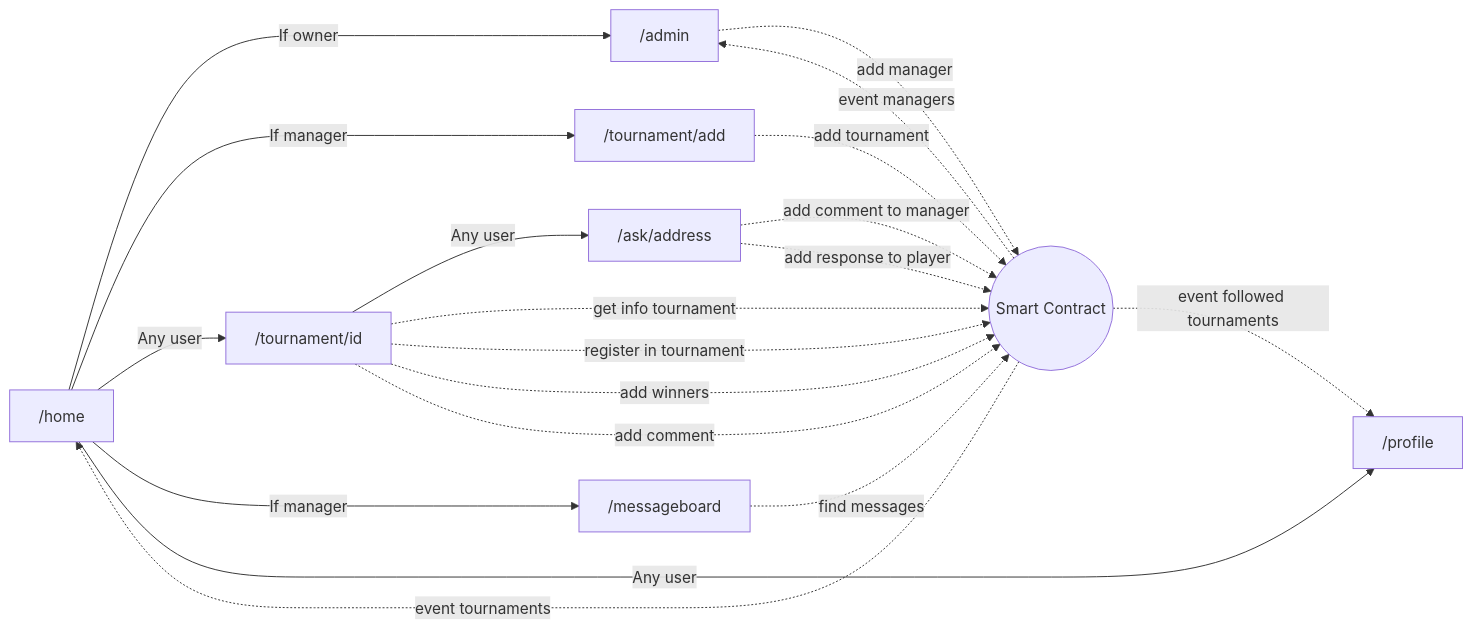
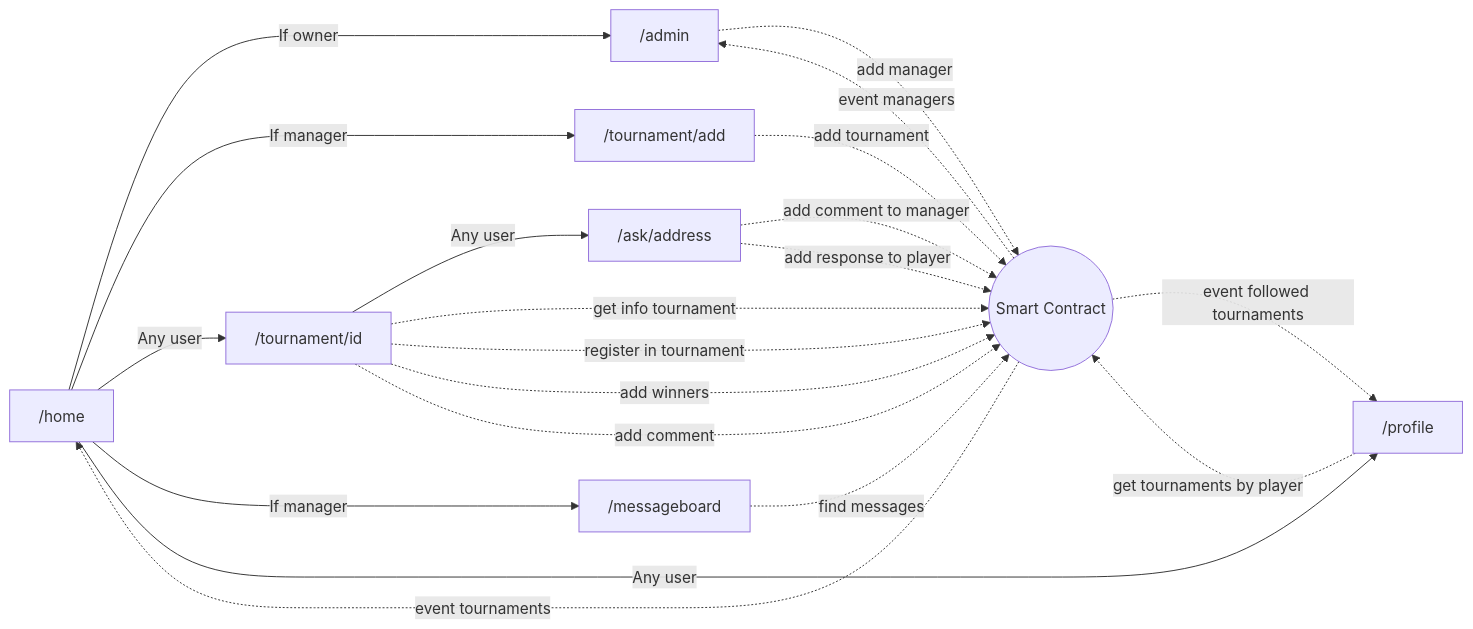
The diagram in README.md (mickablondo/PadelConnect), drawn with Mermaid before and after one commit.

Commit message:
Modif schéma pour profile

````diff
--- a/README.md
+++ b/README.md
@@ -31,21 +31,22 @@
 ```mermaid
 flowchart >
     A[ /home] -->|If owner| B[ /admin]
     A -->|If manager| C[ /tournament/add]
     A -->|Any user| D[ /tournament/id]
     A -->|If manager| H[ /messageboard]
     A -->|Any user| F[ /profile]
     D -->|Any user| G[ /ask/address]
     B -.->|add manager| I((Smart Contract))
     C -.->|add tournament| I
     D -.->|get info tournament| I
     D -.->|register in tournament| I
     D -.->|add winners| I
     D -.->|add comment| I
+    F -.->|get tournaments by player| I
     G -.->|add comment to manager| I
     G -.->|add response to player| I
     H -.->|find messages| I
     I -.->|event tournaments| A
     I -.->|event managers| B
     I -.->|event followed tournaments| F
 ```
````
